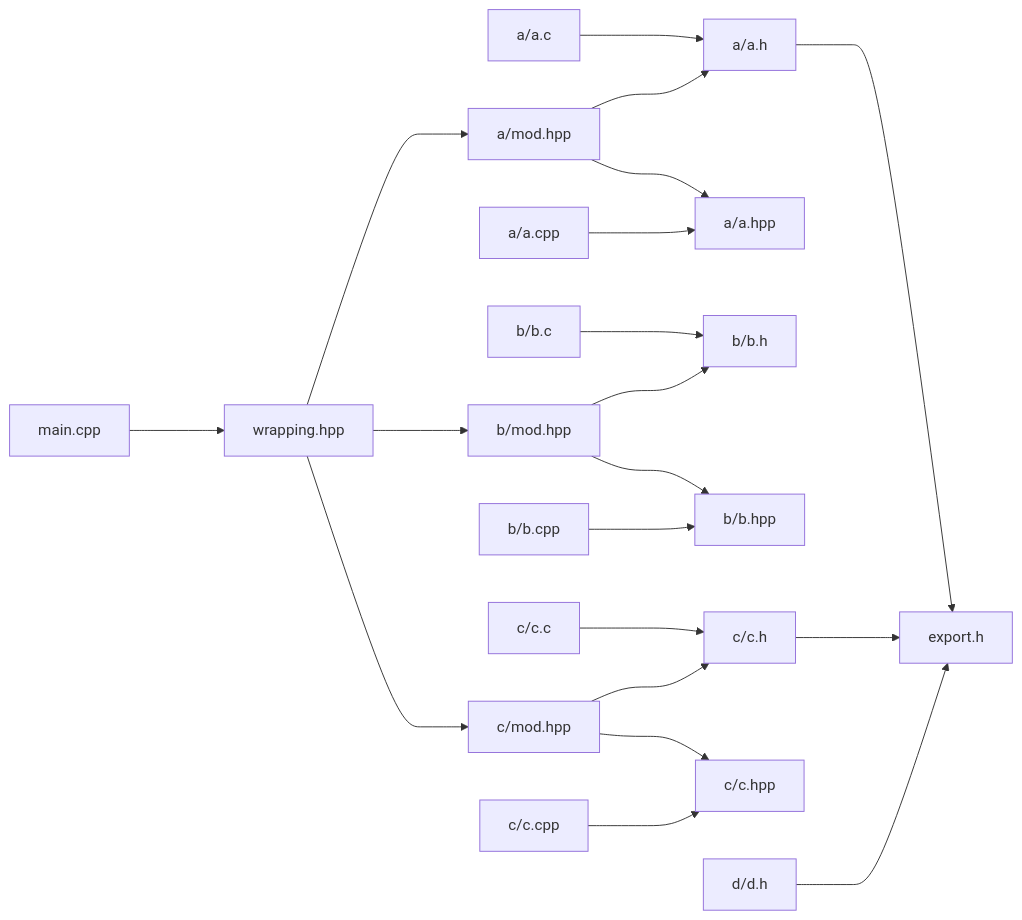
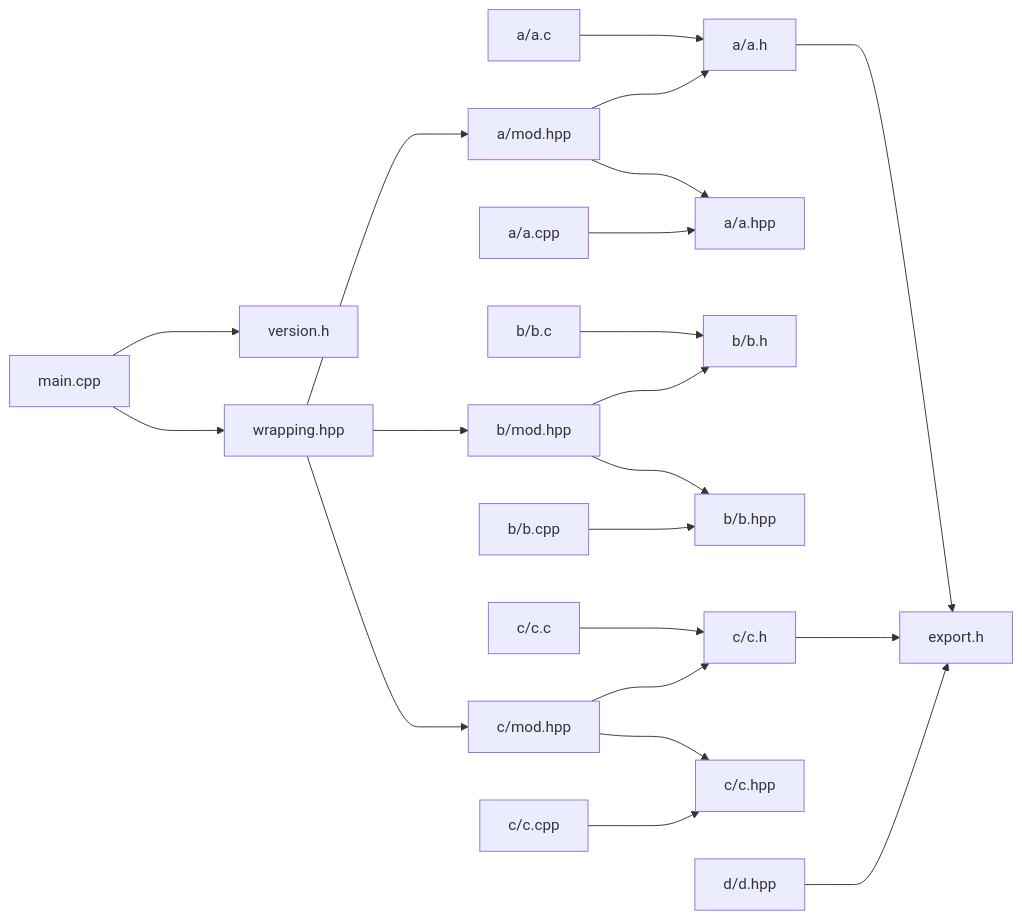
The diagram in test_c_cpp.md (ascpkg/asc), drawn with Mermaid before and after one commit. The commit also changed 7 other files, not shown here.

````diff
--- a/test_c_cpp.md
+++ b/test_c_cpp.md
@@ -1,22 +1,23 @@
 ```mermaid
 flowchart LR;
+    main.cpp ---> version.h;
     a/a.c ---> a/a.h;
     a/mod.hpp ---> a/a.h;
     a/a.cpp ---> a/a.hpp;
     a/mod.hpp ---> a/a.hpp;
     wrapping.hpp ---> a/mod.hpp;
     b/b.c ---> b/b.h;
     b/mod.hpp ---> b/b.h;
     b/b.cpp ---> b/b.hpp;
     b/mod.hpp ---> b/b.hpp;
     wrapping.hpp ---> b/mod.hpp;
     c/c.c ---> c/c.h;
     c/mod.hpp ---> c/c.h;
     c/c.cpp ---> c/c.hpp;
     c/mod.hpp ---> c/c.hpp;
     wrapping.hpp ---> c/mod.hpp;
     a/a.h ---> export.h;
     c/c.h ---> export.h;
-    d/d.h ---> export.h;
+    d/d.hpp ---> export.h;
     main.cpp ---> wrapping.hpp;
 ```
````
